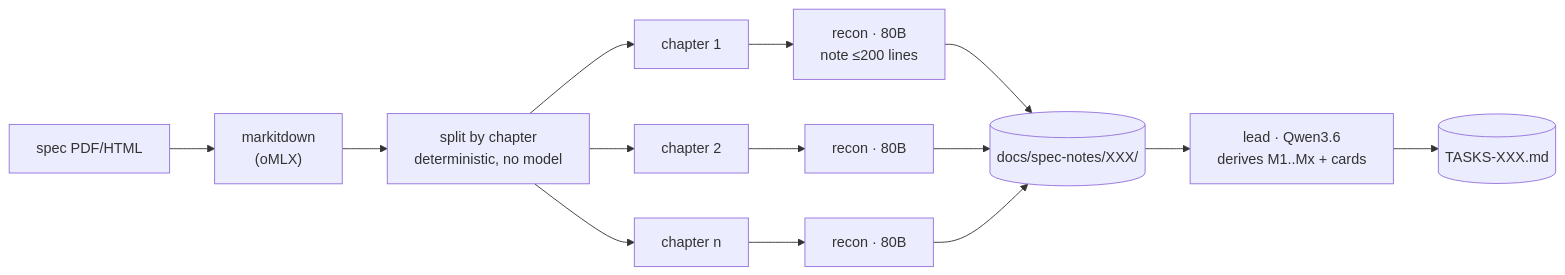
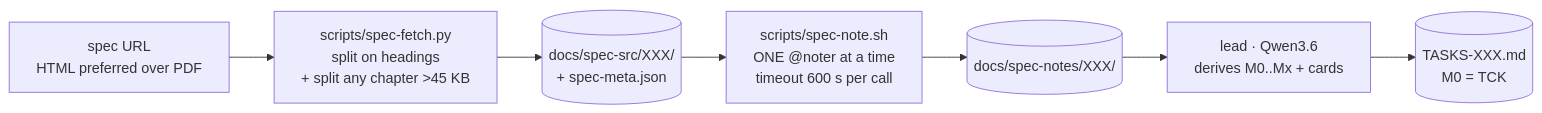
The second of 4 diagrams in OPENCODE_CODE_HARNESS-BUILD.md (vidocq-stack/mansart), drawn with Mermaid before and after one commit. The commit also changed other lines of this file and 81 other files, not shown here.

````diff
--- a/OPENCODE_CODE_HARNESS-BUILD.md
+++ b/OPENCODE_CODE_HARNESS-BUILD.md
@@ -141,12 +155,9 @@
 ```mermaid
 flowchart LR
-    URL["spec PDF/HTML"] --> MD["markitdown<br/>(oMLX)"]
-    MD --> SPLIT["split by chapter<br/>deterministic, no model"]
-    SPLIT --> C1["chapter 1"] & C2["chapter 2"] & CN["chapter n"]
-    C1 --> R1["recon · 80B<br/>note ≤200 lines"]
-    C2 --> R2["recon · 80B"]
-    CN --> RN["recon · 80B"]
-    R1 & R2 & RN --> NOTES[("docs/spec-notes/XXX/")]
-    NOTES --> LEAD["lead · Qwen3.6<br/>derives M1..Mx + cards"]
-    LEAD --> TASKS[("TASKS-XXX.md")]
+    URL["spec URL<br/>HTML preferred over PDF"] --> FETCH["scripts/spec-fetch.py<br/>split on headings<br/>+ split any chapter >45 KB"]
+    FETCH --> SRC[("docs/spec-src/XXX/<br/>+ spec-meta.json")]
+    SRC --> SH["scripts/spec-note.sh<br/>ONE @noter at a time<br/>timeout 600 s per call"]
+    SH --> NOTES[("docs/spec-notes/XXX/")]
+    NOTES --> LEAD["lead · Qwen3.6<br/>derives M0..Mx + cards"]
+    LEAD --> TASKS[("TASKS-XXX.md<br/>M0 = TCK")]
 ```
````
